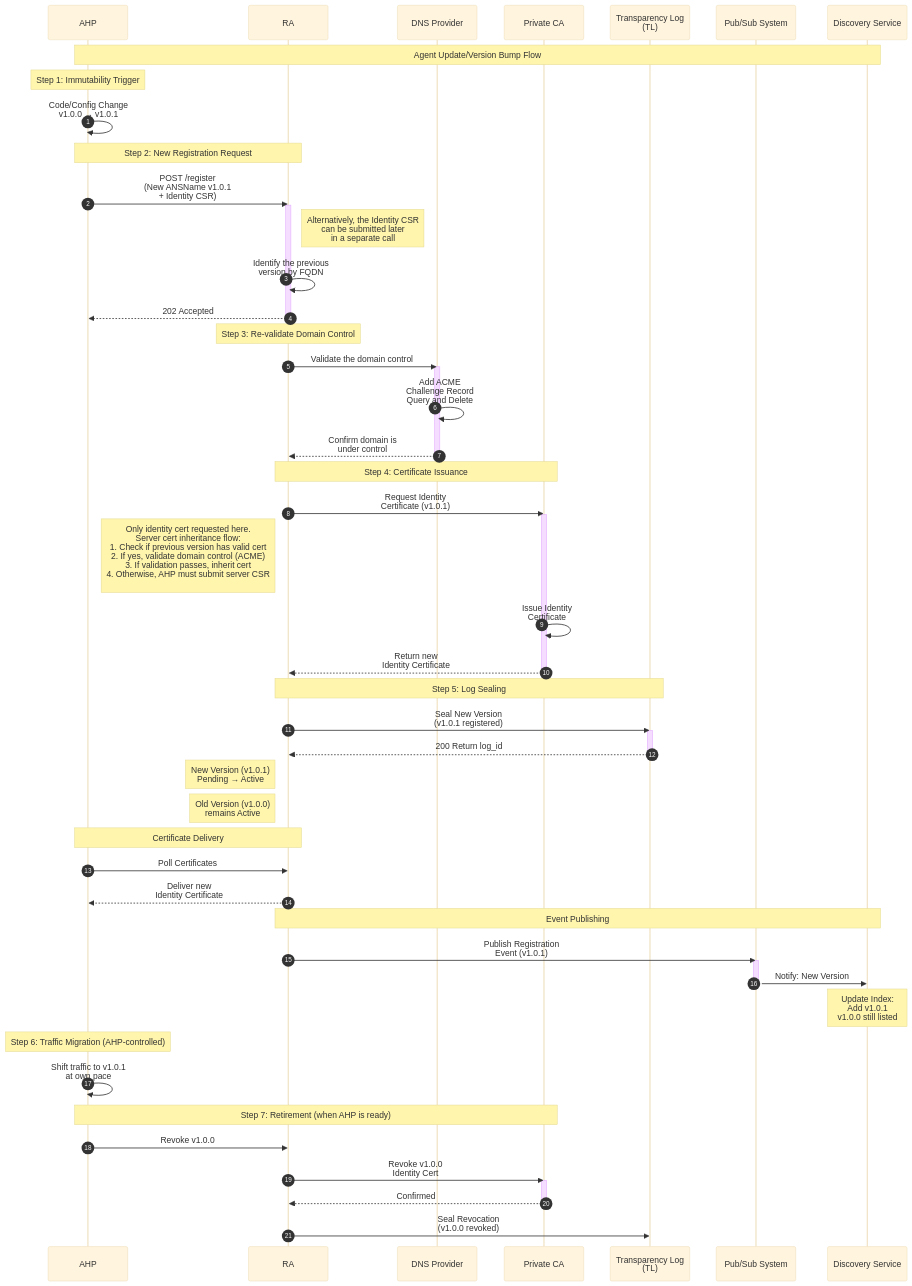
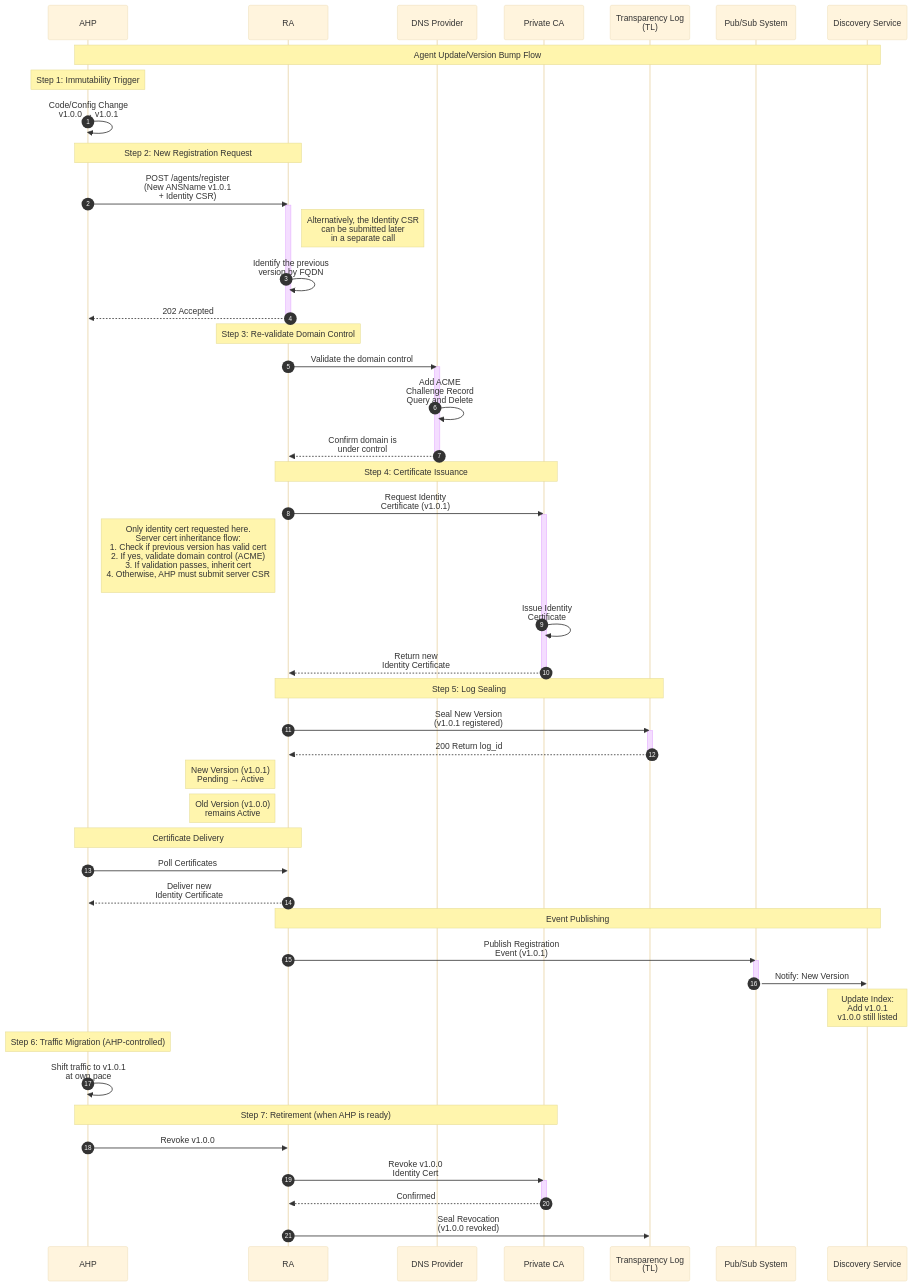
The second of 2 diagrams in DESIGN.md (godaddy/ans-registry), drawn with Mermaid (base theme) before and after one commit. The commit also changed other lines of this file, not shown here.

````diff
--- a/DESIGN.md
+++ b/DESIGN.md
@@ -865,72 +873,72 @@
 ```mermaid
 sequenceDiagram
     participant AHP
     participant RA
     participant DNS as DNS Provider
     participant CA as Private CA
     participant TL as Transparency Log<br/>(TL)
     participant PubSub as Pub/Sub System
     participant Discovery as Discovery Service
 
     autonumber
     Note over AHP,Discovery: Agent Update/Version Bump Flow
 
     Note over AHP: Step 1: Immutability Trigger
     AHP->>AHP: Code/Config Change<br/>v1.0.0 → v1.0.1
 
     Note over AHP,RA: Step 2: New Registration Request
-    AHP->>RA: POST /register<br/>(New ANSName v1.0.1<br/>+ Identity CSR)
+    AHP->>RA: POST /agents/register<br/>(New ANSName v1.0.1<br/>+ Identity CSR)
     activate RA
     Note right of RA: Alternatively, the Identity CSR<br/>can be submitted later<br/>in a separate call
     RA->>RA: Identify the previous<br/>version by FQDN
     RA-->>AHP: 202 Accepted
     deactivate RA
 
     Note over RA: Step 3: Re-validate Domain Control
     RA->>DNS: Validate the domain control
     activate DNS
     DNS->>DNS: Add ACME<br>Challenge Record<br/>Query and Delete
     DNS-->>RA: Confirm domain is<br/>under control
     deactivate DNS
 
     Note over RA,CA: Step 4: Certificate Issuance
     RA->>CA: Request Identity<br/>Certificate (v1.0.1)
     activate CA
     Note left of RA: Only identity cert requested here.<br/>Server cert inheritance flow:<br/>1. Check if previous version has valid cert<br/>2. If yes, validate domain control (ACME)<br/>3. If validation passes, inherit cert<br/>4. Otherwise, AHP must submit server CSR<br/>
     CA->>CA: Issue Identity<br/>Certificate
     CA-->>RA: Return new<br>Identity Certificate
     deactivate CA
 
     Note over RA,TL: Step 5: Log Sealing
 
     RA->>TL: Seal New Version<br/>(v1.0.1 registered)
     activate TL
     TL-->>RA: 200 Return log_id
     deactivate TL
     Note left of RA: New Version (v1.0.1)<br/>Pending → Active
     Note left of RA: Old Version (v1.0.0)<br/>remains Active
 
     Note over RA,AHP: Certificate Delivery
     AHP->>RA: Poll Certificates
     RA-->>AHP: Deliver new<br/>Identity Certificate
 
     Note over RA,Discovery: Event Publishing
 
     RA->>PubSub: Publish Registration<br/>Event (v1.0.1)
     activate PubSub
     PubSub->>Discovery: Notify: New Version
     deactivate PubSub
 
     Note over Discovery: Update Index:<br/>Add v1.0.1<br/>v1.0.0 still listed
 
     Note over AHP: Step 6: Traffic Migration (AHP-controlled)
     AHP->>AHP: Shift traffic to v1.0.1<br/>at own pace
 
     Note over AHP,CA: Step 7: Retirement (when AHP is ready)
     AHP->>RA: Revoke v1.0.0
     RA->>CA: Revoke v1.0.0<br/>Identity Cert
     activate CA
     CA-->>RA: Confirmed
     deactivate CA
     RA->>TL: Seal Revocation<br/>(v1.0.0 revoked)
 ```
````
